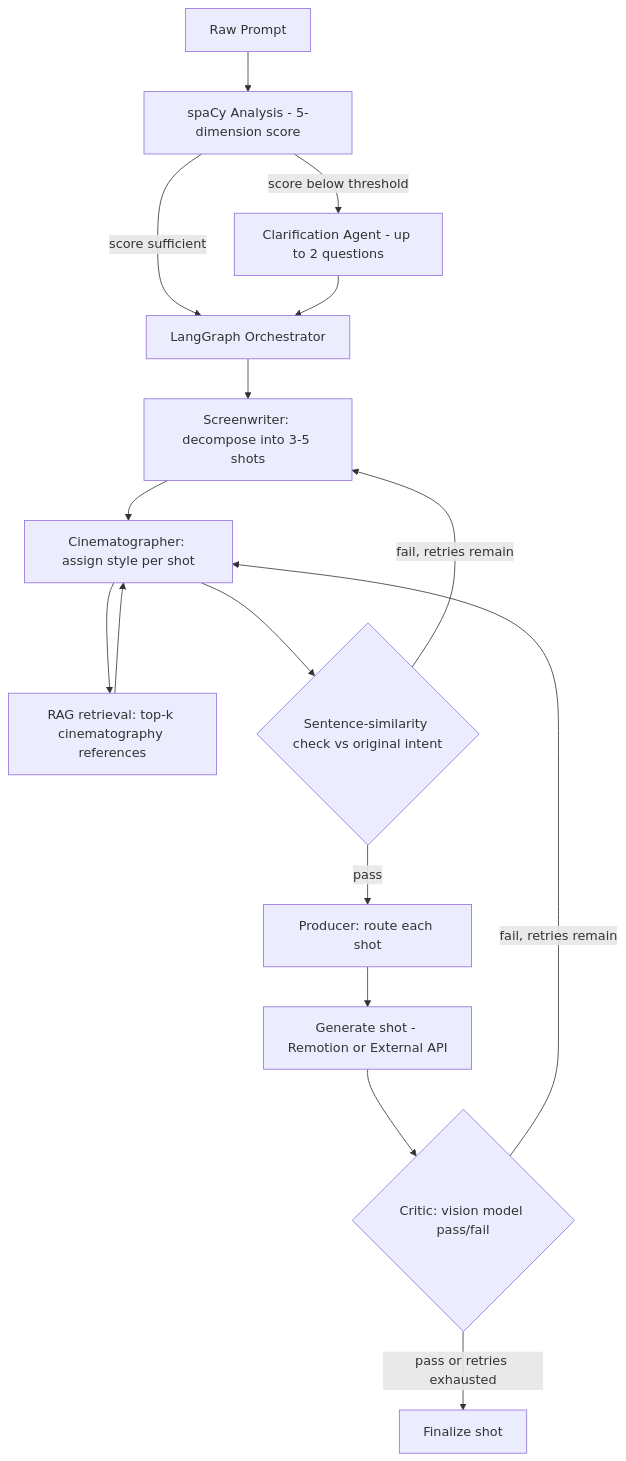
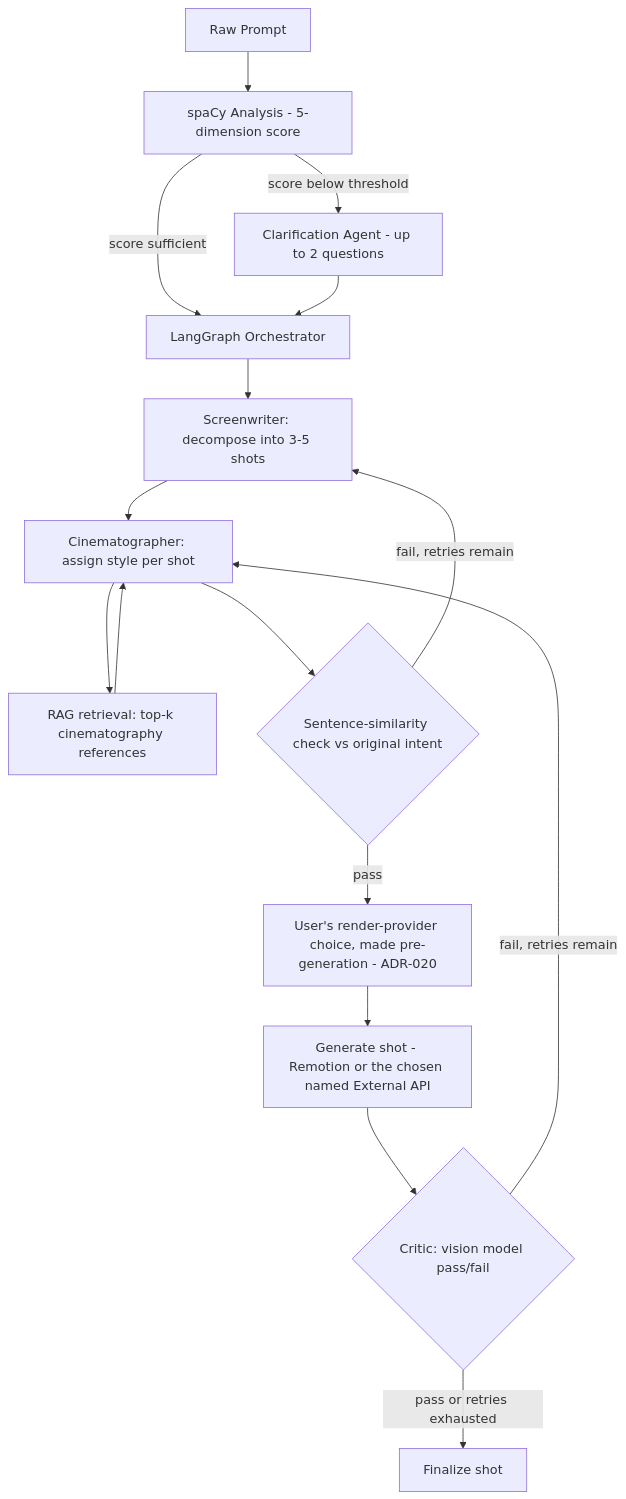
The fourth of 11 diagrams in PROJECT_ARCHITECTURE.md (Majid580/Vidcraft), drawn with Mermaid before and after one commit. The commit also changed other lines of this file and 27 other files, not shown here.

````diff
--- a/PROJECT_ARCHITECTURE.md
+++ b/PROJECT_ARCHITECTURE.md
@@ -443,18 +444,18 @@
 ```mermaid
 flowchart TD
     IN[Raw Prompt] --> ANALYZE[spaCy Analysis - 5-dimension score]
     ANALYZE -->|score below threshold| CLARIFY[Clarification Agent - up to 2 questions]
     ANALYZE -->|score sufficient| ORCH
     CLARIFY --> ORCH[LangGraph Orchestrator]
     ORCH --> SW[Screenwriter: decompose into 3-5 shots]
     SW --> CINE[Cinematographer: assign style per shot]
     CINE --> RAGQ[RAG retrieval: top-k cinematography references]
     RAGQ --> CINE
     CINE --> SIM{Sentence-similarity check vs original intent}
     SIM -->|fail, retries remain| SW
-    SIM -->|pass| PROD[Producer: route each shot]
-    PROD --> GEN[Generate shot - Remotion or External API]
+    SIM -->|pass| PICK[User's render-provider choice, made pre-generation - ADR-020]
+    PICK --> GEN[Generate shot - Remotion or the chosen named External API]
     GEN --> CRITIC{Critic: vision model pass/fail}
     CRITIC -->|fail, retries remain| CINE
     CRITIC -->|pass or retries exhausted| DONE[Finalize shot]
 ```
````
